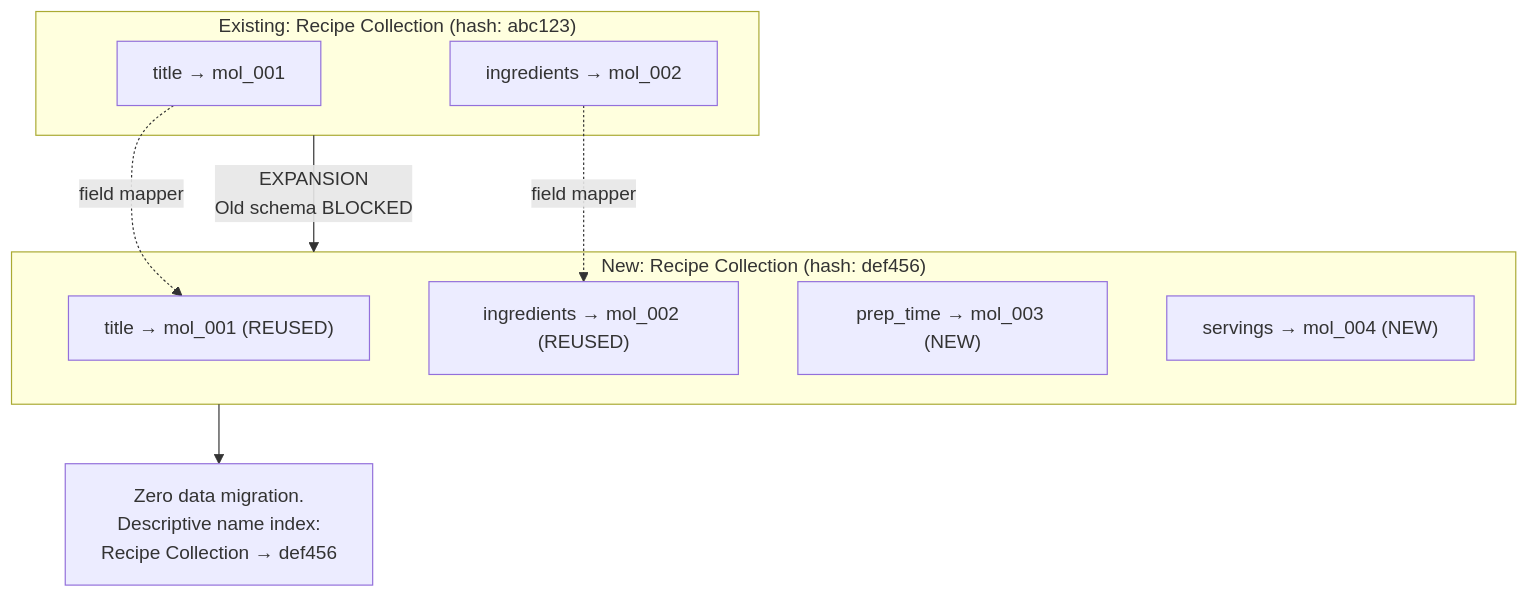
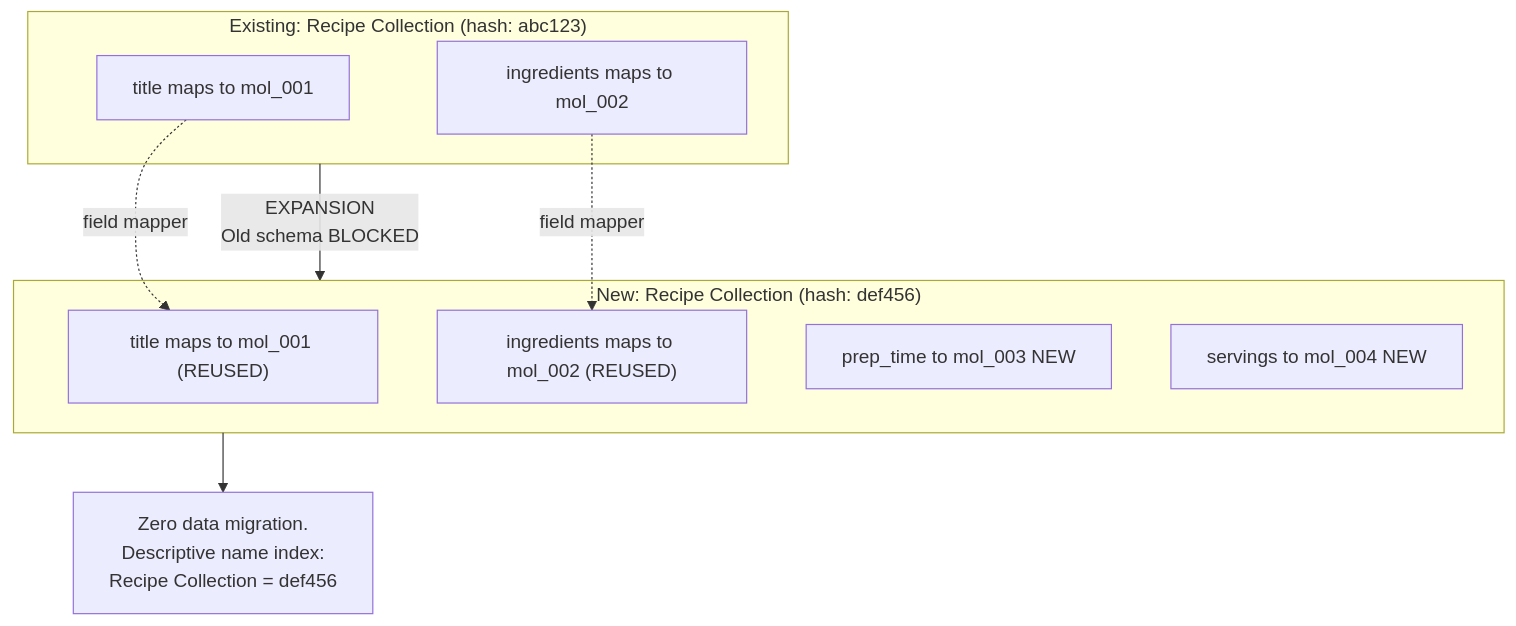
The fourth of 6 diagrams in public/docs/corporate/patent_schema_canonical_service.md (EdgeVector/edgevector-website), drawn with Mermaid before and after one commit. The commit also changed other lines of this file and 5 other files, not shown here.

First line of the commit message:
fix: render mermaid diagrams in patent PDFs and clean mermaid syntax

````diff
--- a/public/docs/corporate/patent_schema_canonical_service.md
+++ b/public/docs/corporate/patent_schema_canonical_service.md
@@ -197,20 +197,20 @@
 ```mermaid
 graph TD
     subgraph Old["Existing: Recipe Collection (hash: abc123)"]
-        title_old["title → mol_001"]
-        ingr_old["ingredients → mol_002"]
+        title_old["title maps to mol_001"]
+        ingr_old["ingredients maps to mol_002"]
     end
 
     subgraph New["New: Recipe Collection (hash: def456)"]
-        title_new["title → mol_001 (REUSED)"]
-        ingr_new["ingredients → mol_002 (REUSED)"]
-        prep["prep_time → mol_003 (NEW)"]
-        serv["servings → mol_004 (NEW)"]
+        title_new["title maps to mol_001 (REUSED)"]
+        ingr_new["ingredients maps to mol_002 (REUSED)"]
+        prep["prep_time to mol_003 NEW"]
+        serv["servings to mol_004 NEW"]
     end
 
     Old -->|"EXPANSION<br/>Old schema BLOCKED"| New
     title_old -.->|"field mapper"| title_new
     ingr_old -.->|"field mapper"| ingr_new
 
-    New --> Result["Zero data migration.<br/>Descriptive name index:<br/>Recipe Collection → def456"]
+    New --> Result["Zero data migration.<br/>Descriptive name index:<br/>Recipe Collection = def456"]
 ```
````
